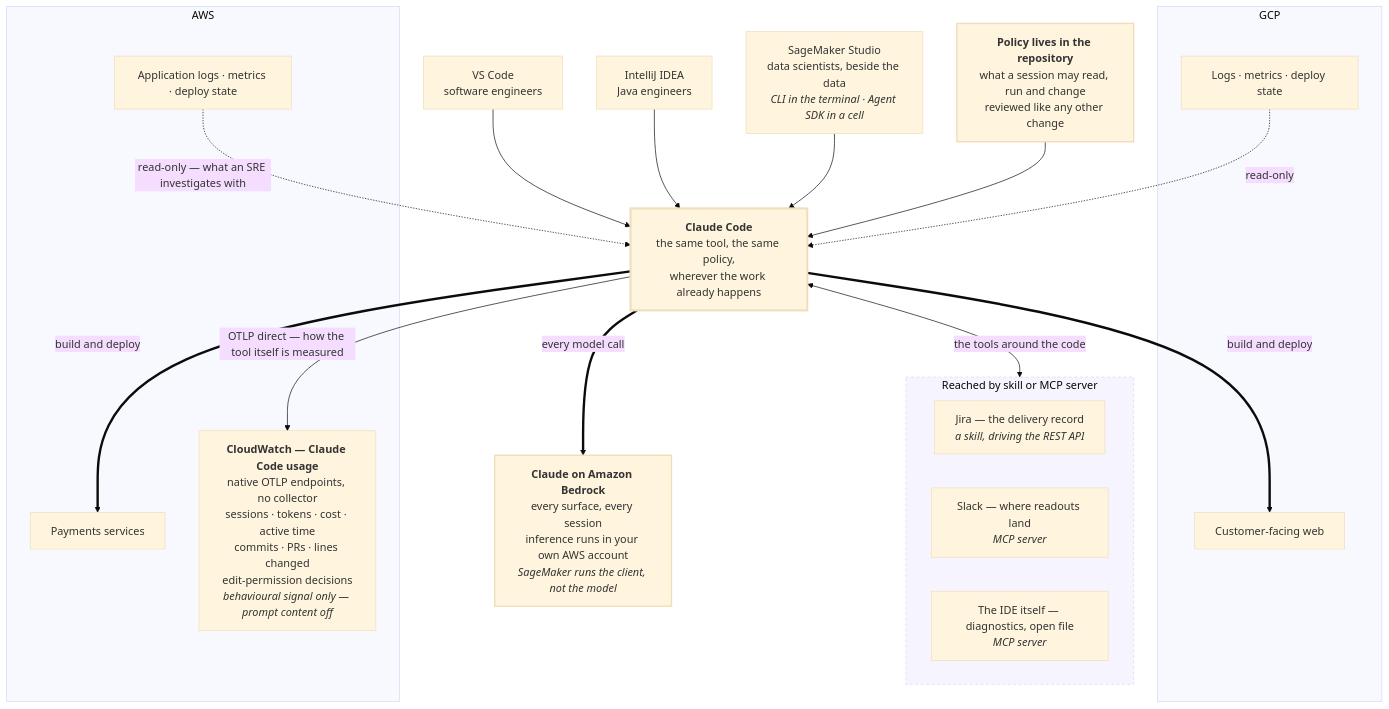
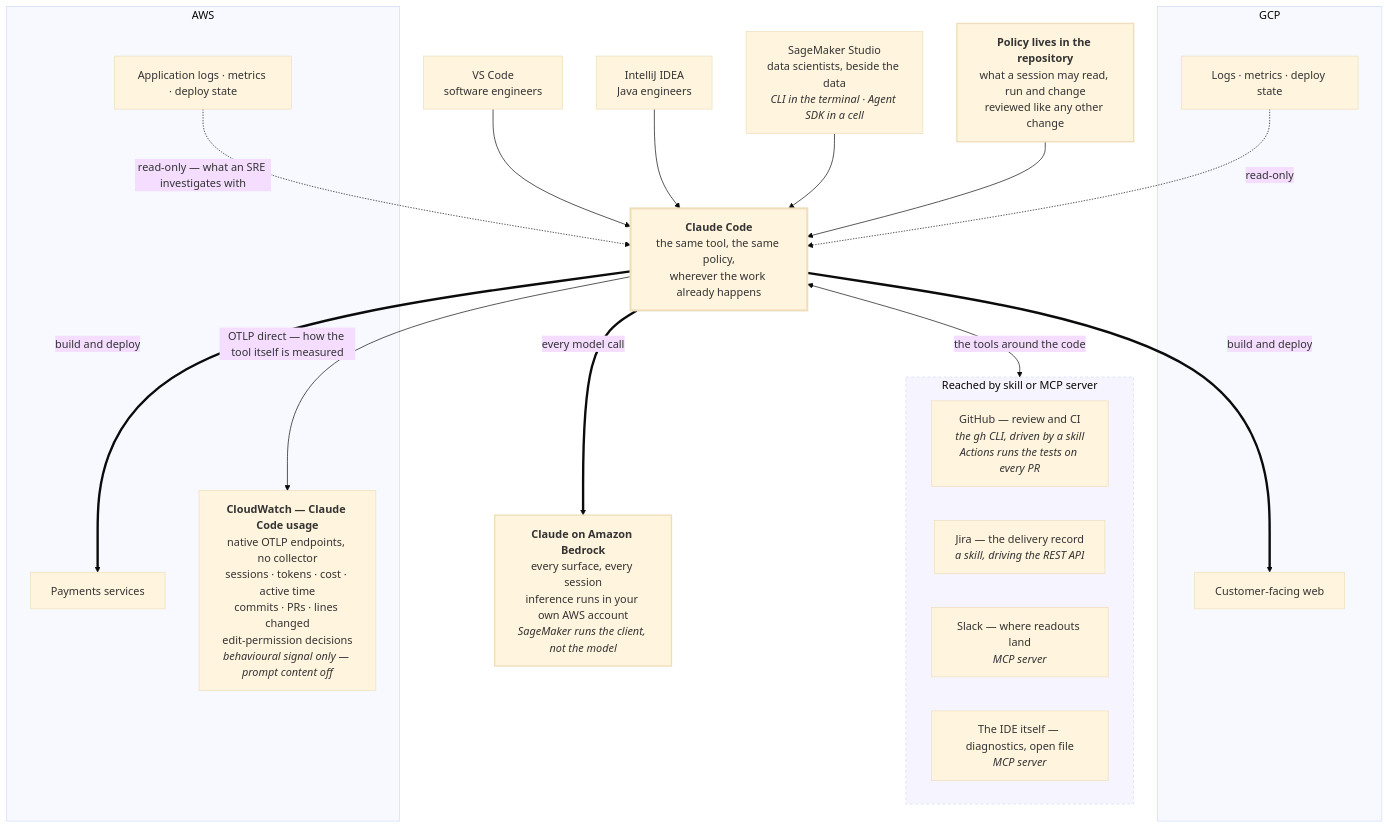
One commit to congmingwudi/ft-architecture changed the diagram in src/overview-redacted.mmd. Above: the diagram before and after it, drawn with Mermaid (base theme). The commit also changed 4 other files, not shown here.

Commit message:
Rebuild architecture page — 2026-08-21

```diff
--- a/src/overview-redacted.mmd
+++ b/src/overview-redacted.mmd
@@ -1,43 +1,44 @@
 flowchart TB
   VSC["VS Code<br/>software engineers"]
   IJ["IntelliJ IDEA<br/>Java engineers"]
   SM["SageMaker Studio<br/>data scientists, beside the data<br/><i>CLI in the terminal · Agent SDK in a cell</i>"]
 
   CC["<b>Claude Code</b><br/>the same tool, the same policy,<br/>wherever the work already happens"]
 
   BR["<b>Claude on Amazon Bedrock</b><br/>every surface, every session<br/>inference runs in your own AWS account<br/><i>SageMaker runs the client, not the model</i>"]
   POL["<b>Policy lives in the repository</b><br/>what a session may read, run and change<br/>reviewed like any other change"]
 
   subgraph GCP["GCP"]
     GCPAPP["Customer-facing web"]
     GCPOBS["Logs · metrics · deploy state"]
   end
   subgraph AWS["AWS"]
     AWSAPP["Payments services"]
     AWSOBS["Application logs · metrics · deploy state"]
     CWCC["<b>CloudWatch — Claude Code usage</b><br/>native OTLP endpoints, no collector<br/>sessions · tokens · cost · active time<br/>commits · PRs · lines changed<br/>edit-permission decisions<br/><i>behavioural signal only — prompt content off</i>"]
   end
 
   VSC --> CC
   IJ --> CC
   SM --> CC
   subgraph TOOLING["Reached by skill or MCP server"]
+    GH["GitHub — review and CI<br/><i>the gh CLI, driven by a skill</i><br/><i>Actions runs the tests on every PR</i>"]
     JIRA["Jira — the delivery record<br/><i>a skill, driving the REST API</i>"]
     SLACK["Slack — where readouts land<br/><i>MCP server</i>"]
     IDEMCP["The IDE itself — diagnostics, open file<br/><i>MCP server</i>"]
   end
 
   POL --> CC
   CC <-->|"the tools around the code"| TOOLING
   CC ==>|"every model call"| BR
   CC ==>|"build and deploy"| AWSAPP
   CC ==>|"build and deploy"| GCPAPP
   CC -->|"OTLP direct — how the tool itself is measured"| CWCC
   AWSOBS -.->|"read-only — what an SRE investigates with"| CC
   GCPOBS -.->|"read-only"| CC
 
   style TOOLING fill:#f6f4ff,stroke-dasharray:4
   classDef hub stroke-width:3px;
   classDef plane stroke-width:2px;
   class CC hub;
   class BR,POL plane;
```
